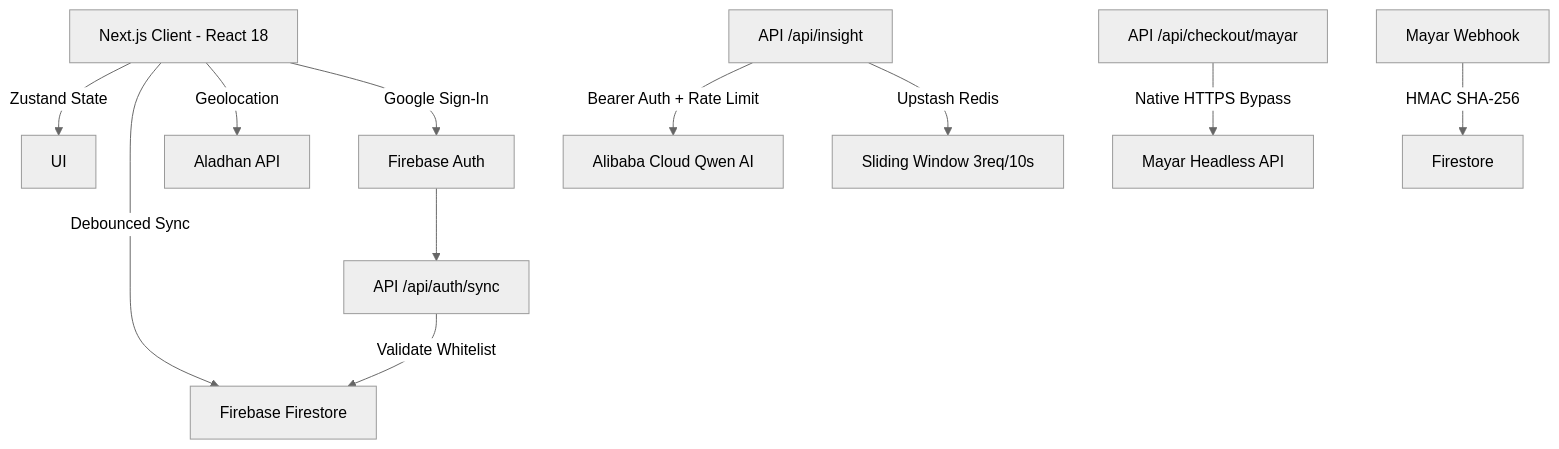
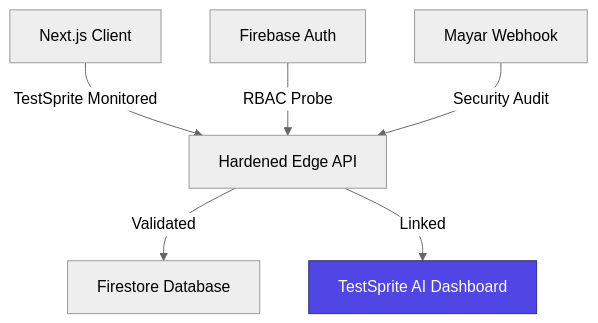
One commit to 0xshalah/Ramadhan-VibeTracker-V2 changed the diagram in README.md. Above: the diagram before and after it, drawn with Mermaid (neutral theme). The commit also changed other lines of this file, not shown here.

Commit message:
Docs: Overhauled README to dominantly promote TestSprite as primary tech partner

````diff
--- a/README.md
+++ b/README.md
@@ -41,15 +47,11 @@
 ```mermaid
 graph TD;
-    Client[Next.js Client - React 18] -->|Zustand State| UI;
-    Client -->|Debounced Sync| Firestore[Firebase Firestore];
-    Client -->|Geolocation| Aladhan[Aladhan API];
+    Client[Next.js Client] -->|TestSprite Monitored| API[Hardened Edge API];
+    API -->|Validated| Firestore[Firestore Database];
+    API -->|Linked| TestSprite[TestSprite AI Dashboard];
     
-    AuthSync[API /api/auth/sync] -->|Validate Whitelist| Firestore;
-    Client -->|Google Sign-In| FirebaseAuth[Firebase Auth] --> AuthSync;
+    Auth[Firebase Auth] -->|RBAC Probe| API;
+    Payment[Mayar Webhook] -->|Security Audit| API;
     
-    API_Insight[API /api/insight] -->|Bearer Auth + Rate Limit| LLM[Alibaba Cloud Qwen AI];
-    API_Insight -->|Upstash Redis| RateLimit[Sliding Window 3req/10s];
-    
-    Checkout[API /api/checkout/mayar] -->|Native HTTPS Bypass| MayarGate[Mayar Headless API];
-    Webhook[Mayar Webhook] -->|HMAC SHA-256| Firestore_Donations[Firestore];
+    style TestSprite fill:#4f46e5,stroke:#312e81,color:#fff
 ```
````
